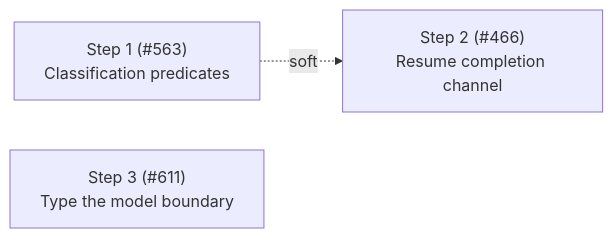
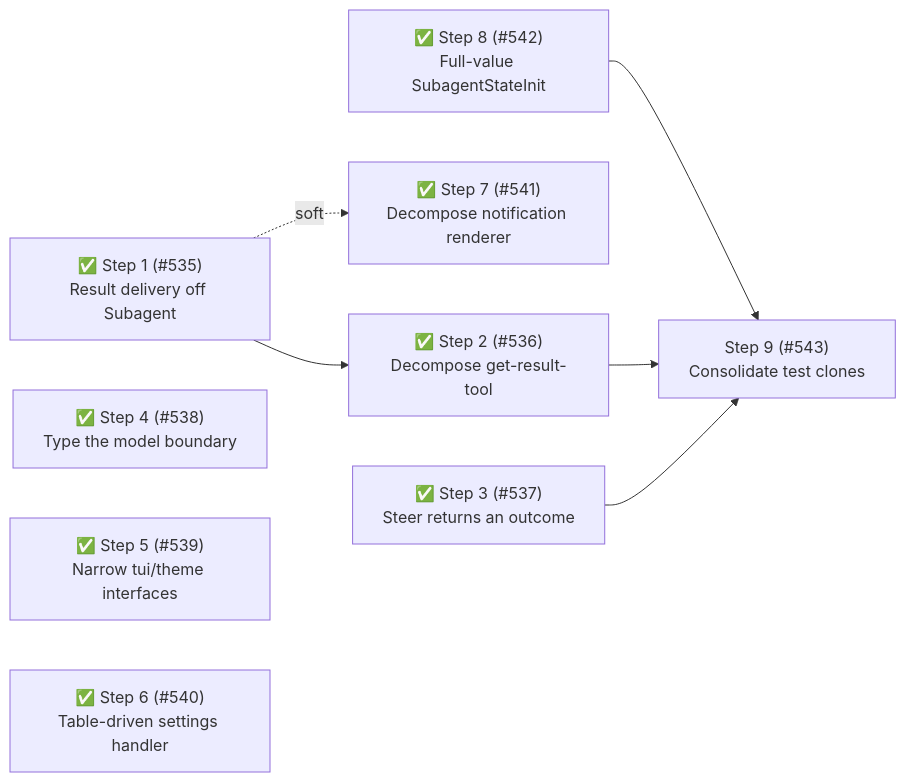
One commit to yofriadi/pi-extensions changed the sixth of 6 diagrams in packages/pi-subagents/docs/architecture/architecture.md. Above: the diagram before and after it, drawn with Mermaid. The commit also changed other lines of this file and 12 other files, not shown here.

````diff
--- a/packages/pi-subagents/docs/architecture/architecture.md
+++ b/packages/pi-subagents/docs/architecture/architecture.md
@@ -741,5 +1099,12 @@
 ```mermaid
 flowchart LR
-    S1["Step 1 (#563)<br/>Classification predicates"] -.soft.-> S2["Step 2 (#466)<br/>Resume completion channel"]
-    S3["Step 3 (#611)<br/>Type the model boundary"]
+    S1["✅ Step 1 (#535)<br/>Result delivery off Subagent"] --> S2["✅ Step 2 (#536)<br/>Decompose get-result-tool"]
+    S1 -.soft.-> S7["✅ Step 7 (#541)<br/>Decompose notification renderer"]
+    S3["✅ Step 3 (#537)<br/>Steer returns an outcome"]
+    S4["✅ Step 4 (#538)<br/>Type the model boundary"]
+    S5["✅ Step 5 (#539)<br/>Narrow tui/theme interfaces"]
+    S6["✅ Step 6 (#540)<br/>Table-driven settings handler"]
+    S8["✅ Step 8 (#542)<br/>Full-value SubagentStateInit"] --> S9["Step 9 (#543)<br/>Consolidate test clones"]
+    S2 --> S9
+    S3 --> S9
 ```
````
